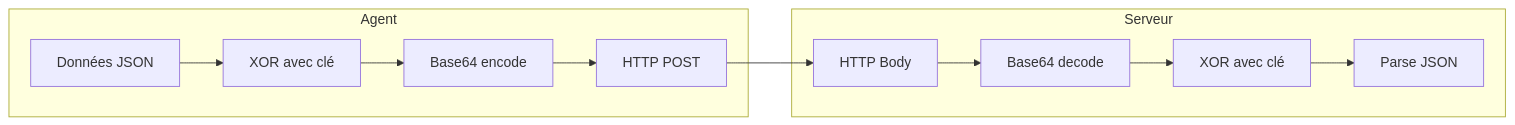
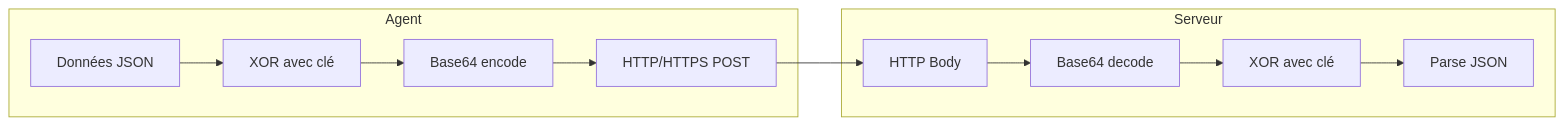
One commit to Xor290/C2-XOR changed diagram 11 of 11 in docs/AGENT.md. Above: the diagram before and after it, drawn with Mermaid. The commit also changed other lines of this file and 14 other files, not shown here.

````diff
--- a/docs/AGENT.md
+++ b/docs/AGENT.md
@@ -536,16 +567,16 @@
 ```mermaid
 flowchart LR
     subgraph Agent
         A1[Données JSON] --> A2[XOR avec clé]
         A2 --> A3[Base64 encode]
-        A3 --> A4[HTTP POST]
+        A3 --> A4[HTTP/HTTPS POST]
     end
     
     subgraph Serveur
         S1[HTTP Body] --> S2[Base64 decode]
         S2 --> S3[XOR avec clé]
         S3 --> S4[Parse JSON]
     end
     
     A4 --> S1
 ```
````
